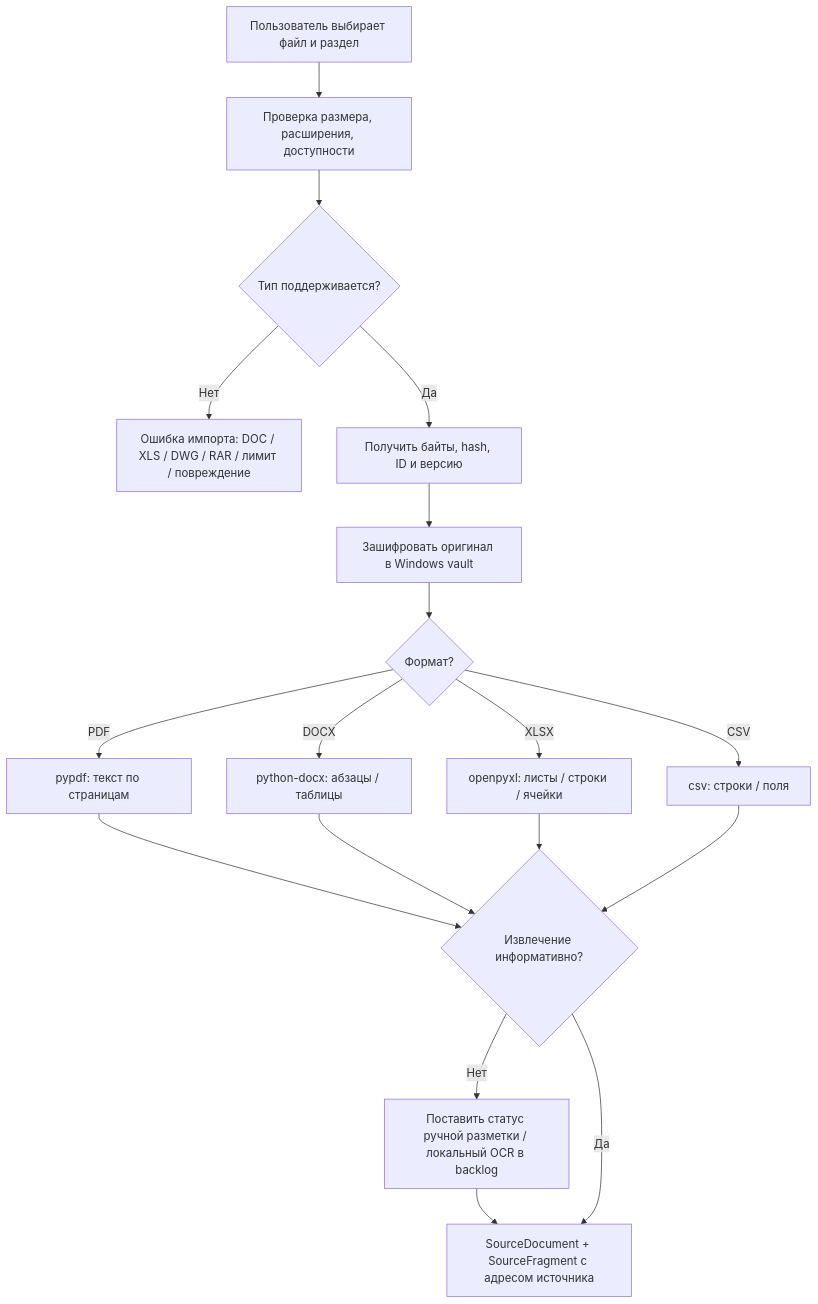
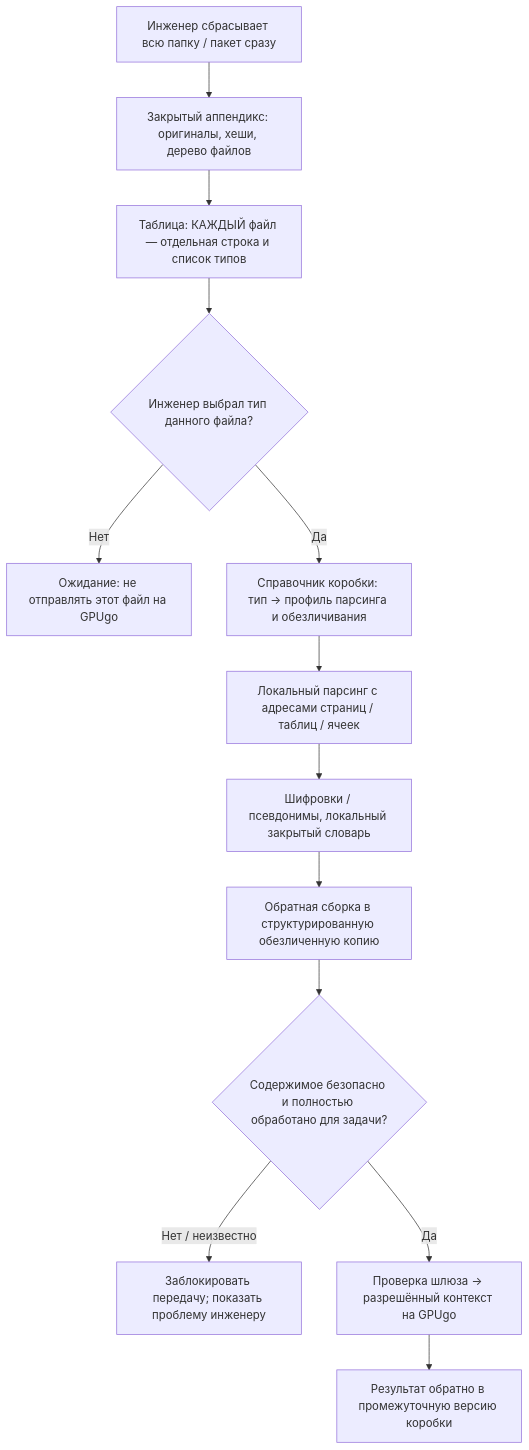
Before and after one commit to jetsedpack/construction-docs-saas: the second of 8 diagrams in docs/functional/flowcharts.md, drawn with Mermaid. The commit also changed other lines of this file, not shown here.

Commit message:
docs: align docs/functional/flowcharts.md with per-file F01 type selection

````diff
--- a/docs/functional/flowcharts.md
+++ b/docs/functional/flowcharts.md
@@ -50,26 +50,15 @@
 ```mermaid
 flowchart TD
-  A["Пользователь выбирает файл и раздел"]
-  B["Проверка размера, расширения, доступности"]
-  C{"Тип поддерживается?"}
-  BAD["Ошибка импорта: DOC / XLS / DWG / RAR / лимит / повреждение"]
-  D["Получить байты, hash, ID и версию"]
-  E["Зашифровать оригинал в Windows vault"]
-  F{"Формат?"}
-  PDF["pypdf: текст по страницам"]
-  DOCX["python-docx: абзацы / таблицы"]
-  XLSX["openpyxl: листы / строки / ячейки"]
-  CSV["csv: строки / поля"]
-  CHECK{"Извлечение информативно?"}
-  OCR["Поставить статус ручной разметки / локальный OCR в backlog"]
-  FRAG["SourceDocument + SourceFragment с адресом источника"]
-  A --> B --> C
-  C -- "Нет" --> BAD
-  C -- "Да" --> D --> E --> F
-  F -- PDF --> PDF --> CHECK
-  F -- DOCX --> DOCX --> CHECK
-  F -- XLSX --> XLSX --> CHECK
-  F -- CSV --> CSV --> CHECK
-  CHECK -- "Нет" --> OCR --> FRAG
-  CHECK -- "Да" --> FRAG
+  A["Инженер сбрасывает всю папку / пакет сразу"] --> B["Закрытый аппендикс: оригиналы, хеши, дерево файлов"]
+  B --> C["Таблица: КАЖДЫЙ файл — отдельная строка и список типов"]
+  C --> D{"Инженер выбрал тип данного файла?"}
+  D -- "Нет" --> HOLD["Ожидание: не отправлять этот файл на GPUgo"]
+  D -- "Да" --> PROFILE["Справочник коробки: тип → профиль парсинга и обезличивания"]
+  PROFILE --> PARSER["Локальный парсинг с адресами страниц / таблиц / ячеек"]
+  PARSER --> MASK["Шифровки / псевдонимы, локальный закрытый словарь"]
+  MASK --> REBUILD["Обратная сборка в структурированную обезличенную копию"]
+  REBUILD --> SAFE{"Содержимое безопасно и полностью обработано для задачи?"}
+  SAFE -- "Нет / неизвестно" --> BLOCK["Заблокировать передачу; показать проблему инженеру"]
+  SAFE -- "Да" --> GATE["Проверка шлюза → разрешённый контекст на GPUgo"]
+  GATE --> STAGE["Результат обратно в промежуточную версию коробки"]
 ```
````
